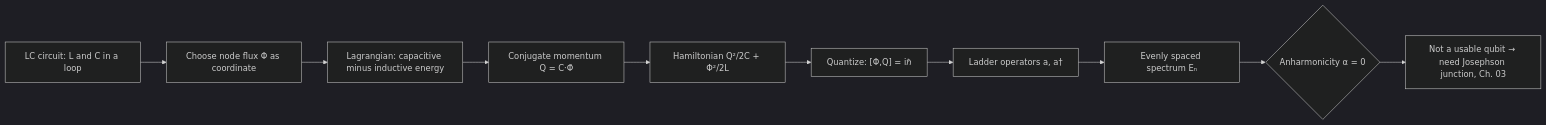
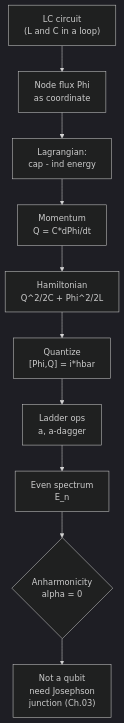
One commit to Iamsohungrynow/superconducting-qubits-journey changed the diagram in tutorial/02-quantum-lc-oscillator.md. Above: the diagram before and after it, drawn with Mermaid (dark theme). The commit also changed 11 other files, not shown here.

Commit message:
Rewrite Mermaid diagrams for clear GitHub rendering (TD layout, short labels)

````diff
--- a/tutorial/02-quantum-lc-oscillator.md
+++ b/tutorial/02-quantum-lc-oscillator.md
@@ -7,12 +7,12 @@
 ```mermaid
-flowchart LR
-    A[LC circuit: L and C in a loop] --> B[Choose node flux Φ as coordinate]
-    B --> C[Lagrangian: capacitive minus inductive energy]
-    C --> D[Conjugate momentum Q = C·Φ̇]
-    D --> E[Hamiltonian Q²/2C + Φ²/2L]
-    E --> F["Quantize: [Φ,Q] = iℏ"]
-    F --> G[Ladder operators a, a†]
-    G --> H[Evenly spaced spectrum Eₙ]
-    H --> I{Anharmonicity α = 0}
-    I --> J[Not a usable qubit → need Josephson junction, Ch. 03]
+flowchart TD
+    A["LC circuit<br/>(L and C in a loop)"] --> B["Node flux Phi<br/>as coordinate"]
+    B --> C["Lagrangian:<br/>cap - ind energy"]
+    C --> D["Momentum<br/>Q = C*dPhi/dt"]
+    D --> E["Hamiltonian<br/>Q^2/2C + Phi^2/2L"]
+    E --> F["Quantize<br/>[Phi,Q] = i*hbar"]
+    F --> G["Ladder ops<br/>a, a-dagger"]
+    G --> H["Even spectrum<br/>E_n"]
+    H --> I{"Anharmonicity<br/>alpha = 0"}
+    I --> J["Not a qubit<br/>need Josephson<br/>junction (Ch.03)"]
 ```
````
